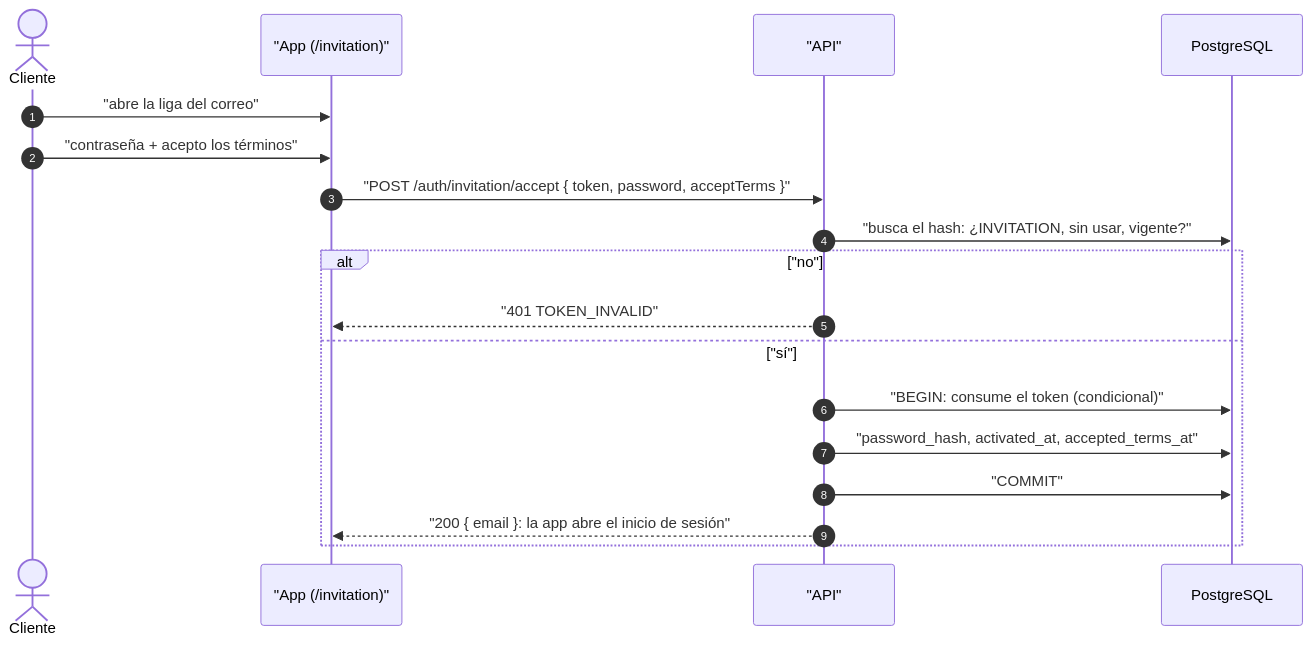
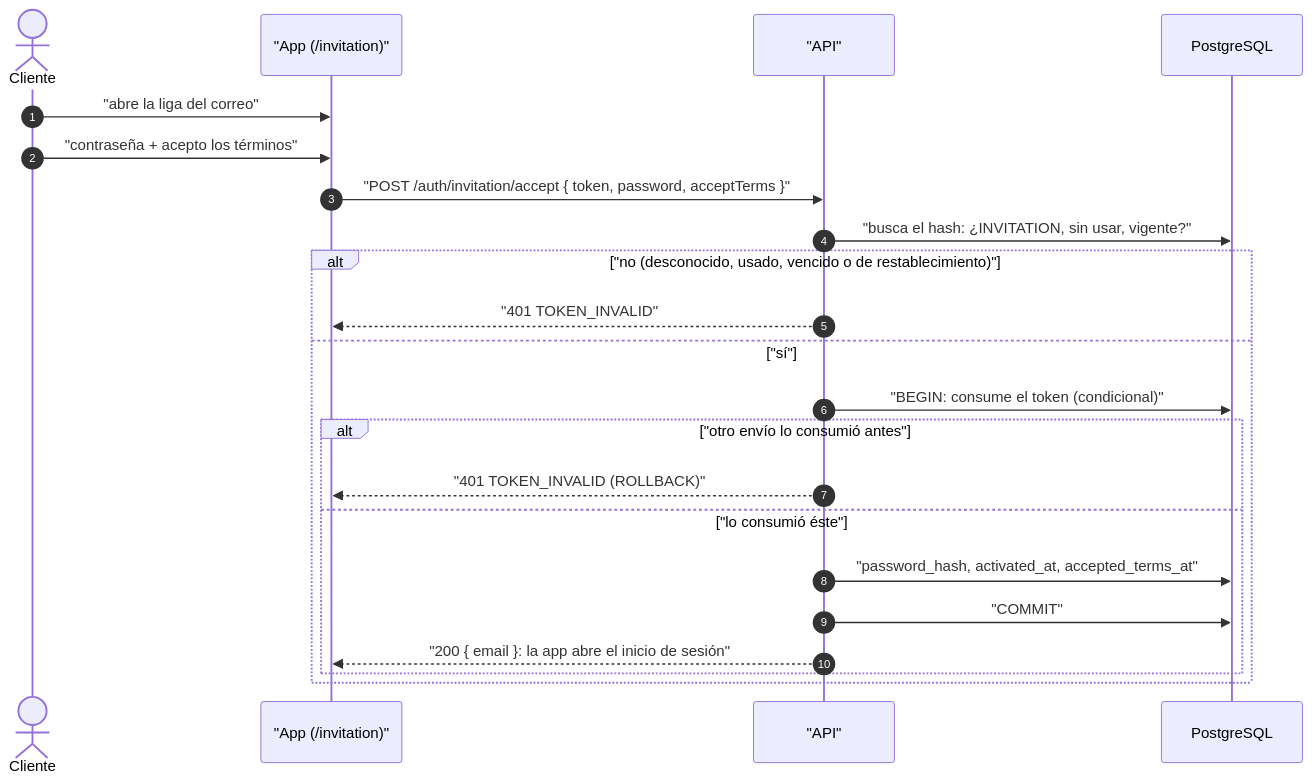
The fourth of 5 diagrams in docs/diagrams/counter-sale.md (erickgs2/ruta_mochilera), drawn with Mermaid before and after one commit. The commit also changed other lines of this file and 1 other file, not shown here.

First line of the commit message:
docs: complete the phase 2b counter and credit diagrams

````diff
--- a/docs/diagrams/counter-sale.md
+++ b/docs/diagrams/counter-sale.md
@@ -65,21 +136,25 @@
 ```mermaid
 sequenceDiagram
     autonumber
     actor Cl as Cliente
     participant App as "App (/invitation)"
     participant API as "API"
     participant DB as PostgreSQL
 
     Cl->>App: "abre la liga del correo"
     Cl->>App: "contraseña + acepto los términos"
     App->>API: "POST /auth/invitation/accept { token, password, acceptTerms }"
     API->>DB: "busca el hash: ¿INVITATION, sin usar, vigente?"
-    alt "no"
+    alt "no (desconocido, usado, vencido o de restablecimiento)"
         API-->>App: "401 TOKEN_INVALID"
     else "sí"
         API->>DB: "BEGIN: consume el token (condicional)"
-        API->>DB: "password_hash, activated_at, accepted_terms_at"
-        API->>DB: "COMMIT"
-        API-->>App: "200 { email }: la app abre el inicio de sesión"
+        alt "otro envío lo consumió antes"
+            API-->>App: "401 TOKEN_INVALID (ROLLBACK)"
+        else "lo consumió éste"
+            API->>DB: "password_hash, activated_at, accepted_terms_at"
+            API->>DB: "COMMIT"
+            API-->>App: "200 { email }: la app abre el inicio de sesión"
+        end
     end
 ```
````
